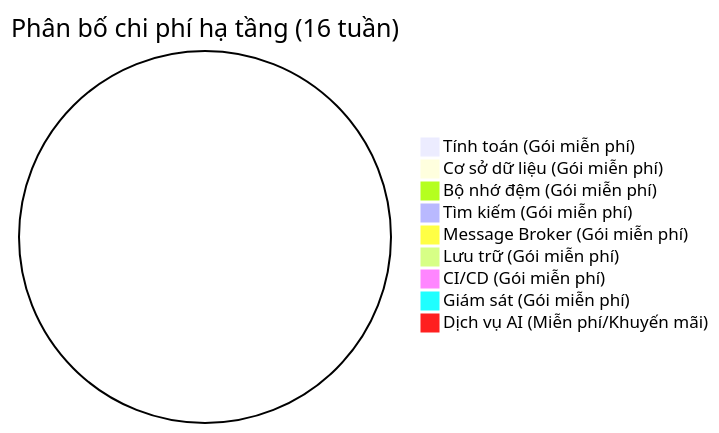
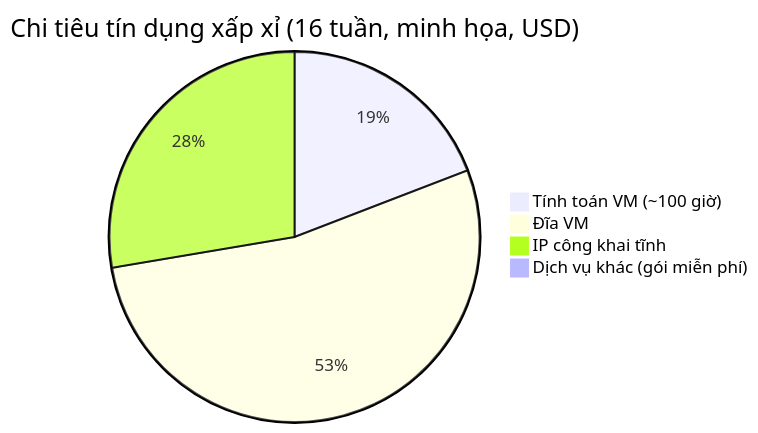
One commit to dut-pbl6-2026/job-platform-docs changed the second of 5 diagrams in docs/srs/vi/9-infra-cost-analysis.vi.md. Above: the diagram before and after it, drawn with Mermaid. The commit also changed other lines of this file and 20 other files, not shown here.

````diff
--- a/docs/srs/vi/9-infra-cost-analysis.vi.md
+++ b/docs/srs/vi/9-infra-cost-analysis.vi.md
@@ -104,12 +120,7 @@
 ```mermaid
-pie title Phân bố chi phí hạ tầng (16 tuần)
-    "Tính toán (Gói miễn phí)" : 0
-    "Cơ sở dữ liệu (Gói miễn phí)" : 0
-    "Bộ nhớ đệm (Gói miễn phí)" : 0
-    "Tìm kiếm (Gói miễn phí)" : 0
-    "Message Broker (Gói miễn phí)" : 0
-    "Lưu trữ (Gói miễn phí)" : 0
-    "CI/CD (Gói miễn phí)" : 0
-    "Giám sát (Gói miễn phí)" : 0
-    "Dịch vụ AI (Miễn phí/Khuyến mãi)" : 0
+pie title Chi tiêu tín dụng xấp xỉ (16 tuần, minh họa, USD)
+    "Tính toán VM (~100 giờ)" : 9
+    "Đĩa VM" : 25
+    "IP công khai tĩnh" : 13
+    "Dịch vụ khác (gói miễn phí)" : 0
 ```
````
